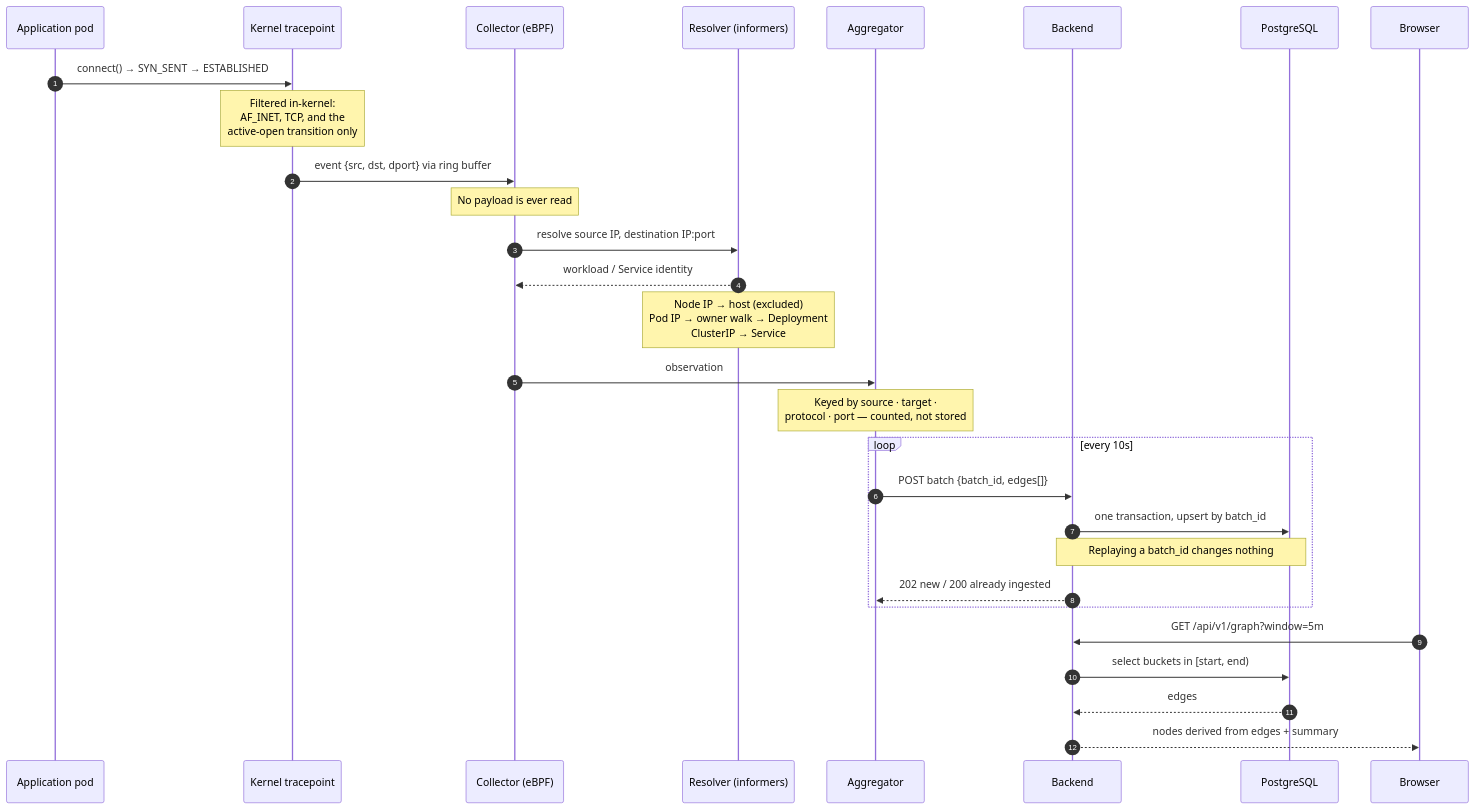
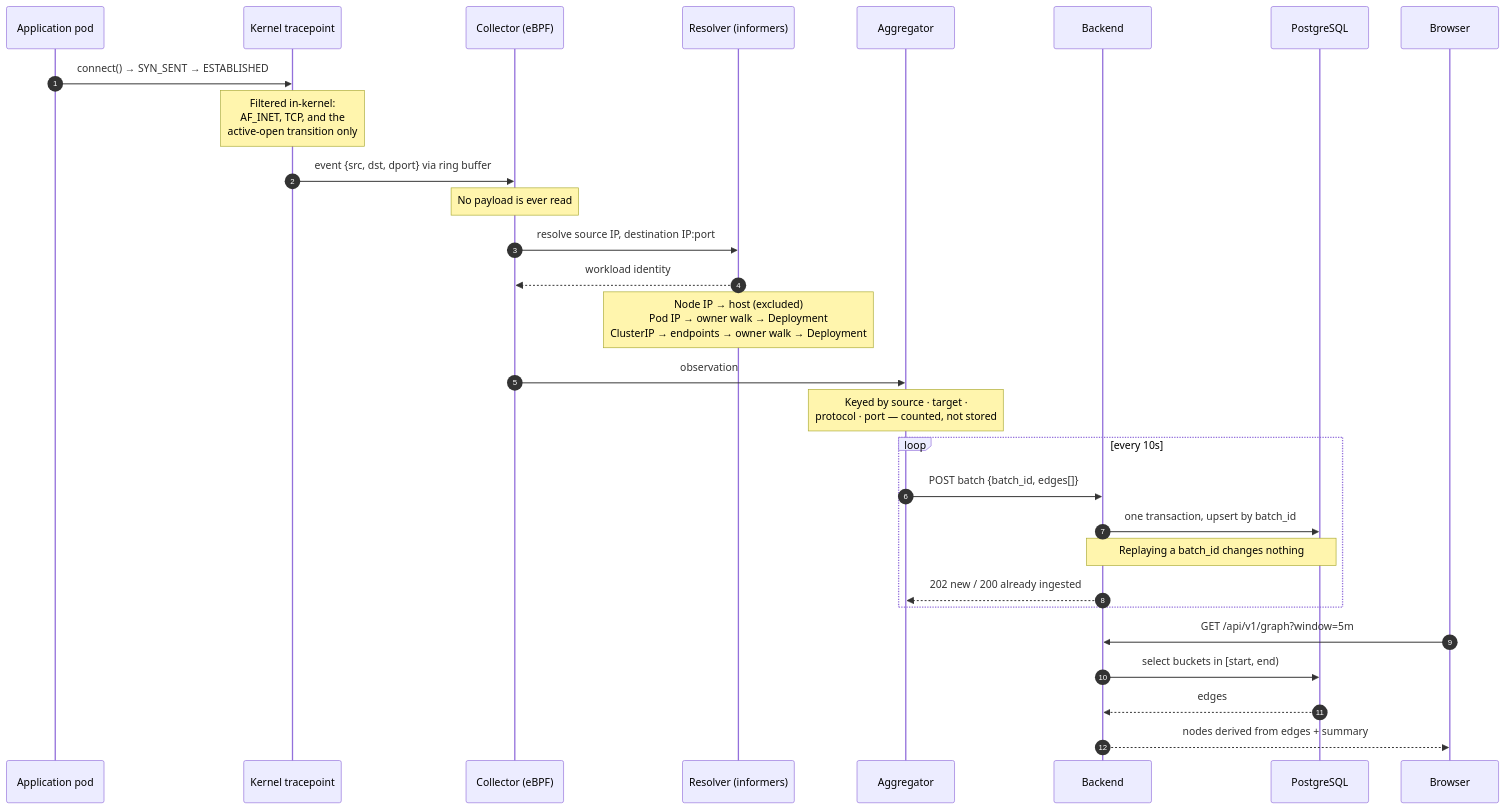
Before and after one commit to ToniBouRahal/kubernetes-topology-visualizer: the second of 4 diagrams in docs/architecture.md, drawn with Mermaid. The commit also changed other lines of this file and 15 other files, not shown here.

First line of the commit message:
ADR-009: a destination resolves to the workload, not the Service in front of it

````diff
--- a/docs/architecture.md
+++ b/docs/architecture.md
@@ -54,36 +54,36 @@
 ```mermaid
 sequenceDiagram
     autonumber
     participant App as Application pod
     participant K as Kernel tracepoint
     participant C as Collector (eBPF)
     participant R as Resolver (informers)
     participant A as Aggregator
     participant B as Backend
     participant D as PostgreSQL
     participant U as Browser
 
     App->>K: connect() → SYN_SENT → ESTABLISHED
     Note over K: Filtered in-kernel:<br/>AF_INET, TCP, and the<br/>active-open transition only
     K->>C: event {src, dst, dport} via ring buffer
     Note over C: No payload is ever read
 
     C->>R: resolve source IP, destination IP:port
-    R-->>C: workload / Service identity
-    Note over R: Node IP → host (excluded)<br/>Pod IP → owner walk → Deployment<br/>ClusterIP → Service
+    R-->>C: workload identity
+    Note over R: Node IP → host (excluded)<br/>Pod IP → owner walk → Deployment<br/>ClusterIP → endpoints → owner walk → Deployment
 
     C->>A: observation
     Note over A: Keyed by source · target ·<br/>protocol · port — counted, not stored
 
     loop every 10s
         A->>B: POST batch {batch_id, edges[]}
         B->>D: one transaction, upsert by batch_id
         Note over B,D: Replaying a batch_id changes nothing
         B-->>A: 202 new / 200 already ingested
     end
 
     U->>B: GET /api/v1/graph?window=5m
     B->>D: select buckets in [start, end)
     D-->>B: edges
     B-->>U: nodes derived from edges + summary
 ```
````
